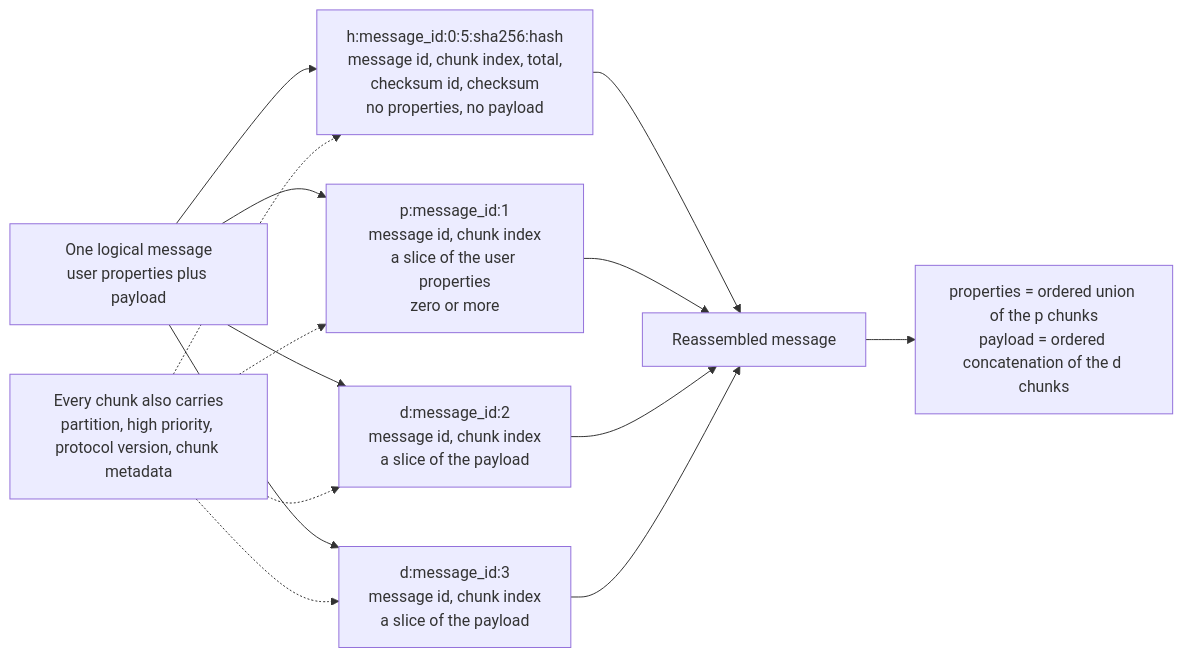
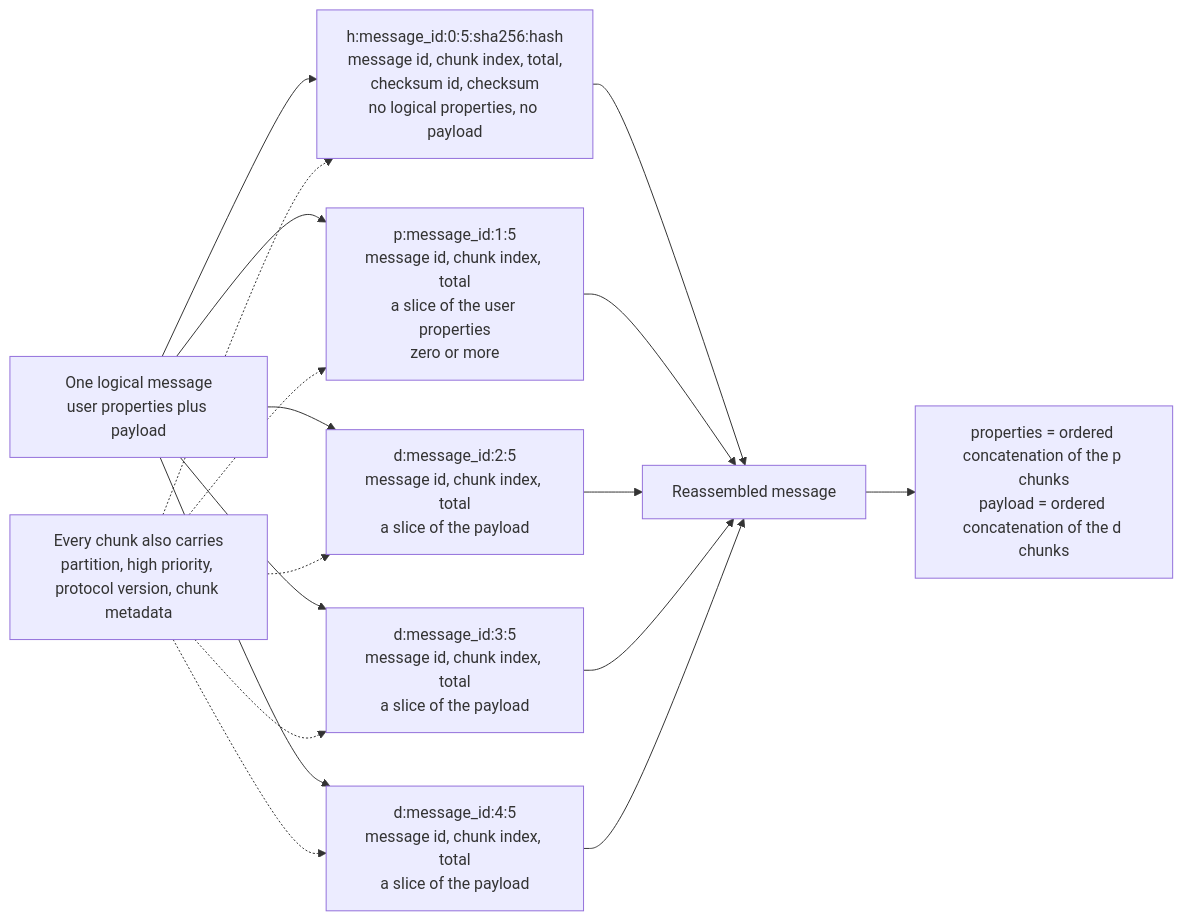
The second of 5 diagrams in doc/dev/adr/0033-large-message-chunking-diagrams.md (Azure/iot-operations-sdks), drawn with Mermaid before and after one commit. The commit also changed other lines of this file and 28 other files, not shown here.

````diff
--- a/doc/dev/adr/0033-large-message-chunking-diagrams.md
+++ b/doc/dev/adr/0033-large-message-chunking-diagrams.md
@@ -53,22 +53,25 @@
 ```mermaid
 flowchart LR
     M["One logical message<br/>user properties plus payload"]
 
-    M --> H["h:message_id:0:5:sha256:hash<br/>message id, chunk index, total,<br/>checksum id, checksum<br/>no properties, no payload"]
-    M --> P["p:message_id:1<br/>message id, chunk index<br/>a slice of the user properties<br/>zero or more"]
-    M --> D1["d:message_id:2<br/>message id, chunk index<br/>a slice of the payload"]
-    M --> D2["d:message_id:3<br/>message id, chunk index<br/>a slice of the payload"]
+    M --> H["h:message_id:0:5:sha256:hash<br/>message id, chunk index, total,<br/>checksum id, checksum<br/>no logical properties, no payload"]
+    M --> P["p:message_id:1:5<br/>message id, chunk index, total<br/>a slice of the user properties<br/>zero or more"]
+    M --> D1["d:message_id:2:5<br/>message id, chunk index, total<br/>a slice of the payload"]
+    M --> D2["d:message_id:3:5<br/>message id, chunk index, total<br/>a slice of the payload"]
+    M --> D3["d:message_id:4:5<br/>message id, chunk index, total<br/>a slice of the payload"]
 
     H --> R["Reassembled message"]
     P --> R
     D1 --> R
     D2 --> R
+    D3 --> R
 
-    R --> N["properties = ordered union of the p chunks<br/>payload = ordered concatenation of the d chunks"]
+    R --> N["properties = ordered concatenation of the p chunks<br/>payload = ordered concatenation of the d chunks"]
 
     E["Every chunk also carries<br/>partition, high priority, protocol version, chunk metadata"]
     E -.-> H
     E -.-> P
     E -.-> D1
     E -.-> D2
+    E -.-> D3
 ```
````
